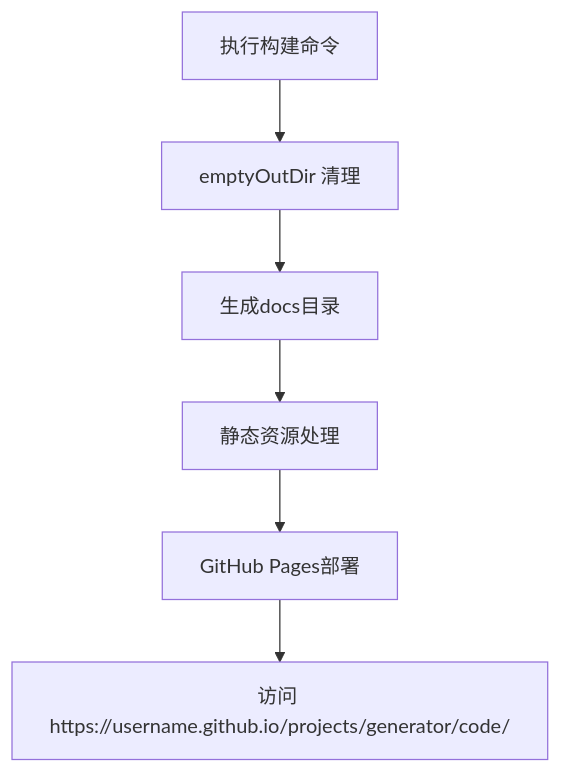
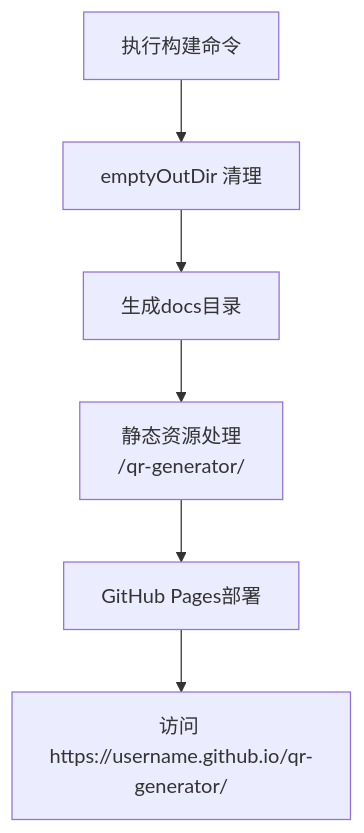
One commit to JadeXusq/qr-generator changed the fifth of 5 diagrams in .qoder/repowiki/zh/content/配置系统/构建配置.md. Above: the diagram before and after it, drawn with Mermaid. The commit also changed other lines of this file and 2 other files, not shown here.

First line of the commit message:
docs(deploy): 更新GitHub Pages基础路径为/qr-generator/

````diff
--- a/.qoder/repowiki/zh/content/配置系统/构建配置.md
+++ b/.qoder/repowiki/zh/content/配置系统/构建配置.md
@@ -324,8 +326,8 @@
 ```mermaid
 flowchart TD
 Build["执行构建命令"] --> Clean["emptyOutDir 清理"]
 Clean --> Output["生成docs目录"]
-Output --> Assets["静态资源处理"]
+Output --> Assets["静态资源处理<br/>/qr-generator/"]
 Assets --> Deploy["GitHub Pages部署"]
-Deploy --> URL["访问 https://username.github.io/projects/generator/code/"]
+Deploy --> URL["访问 https://username.github.io/qr-generator/"]
 ```
````
